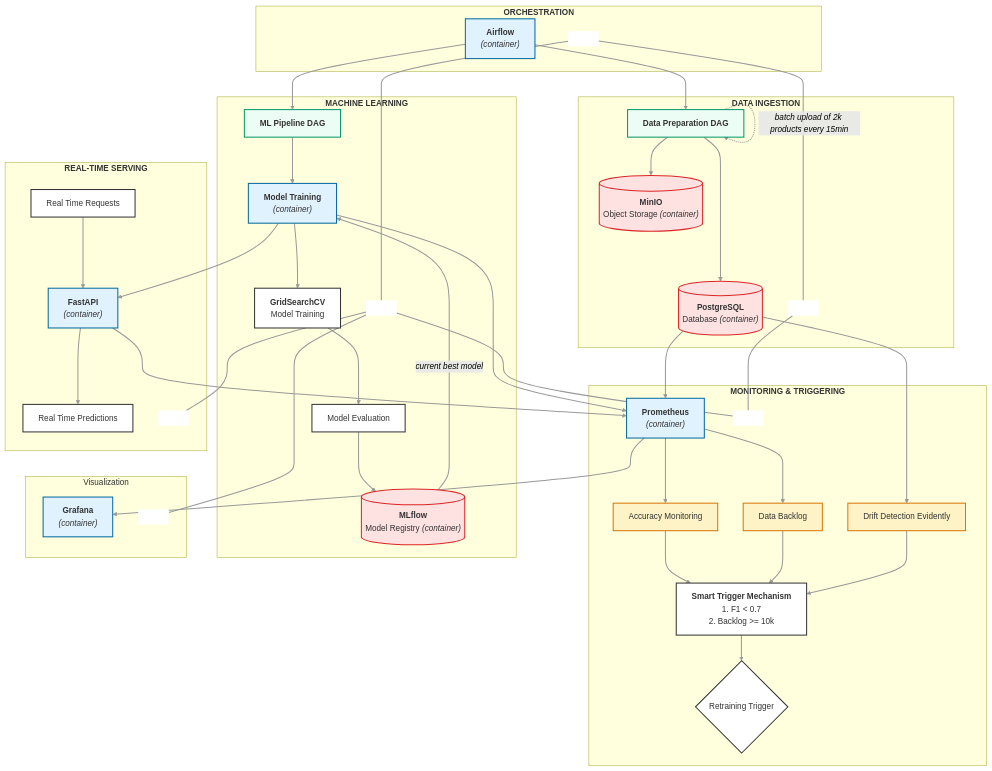
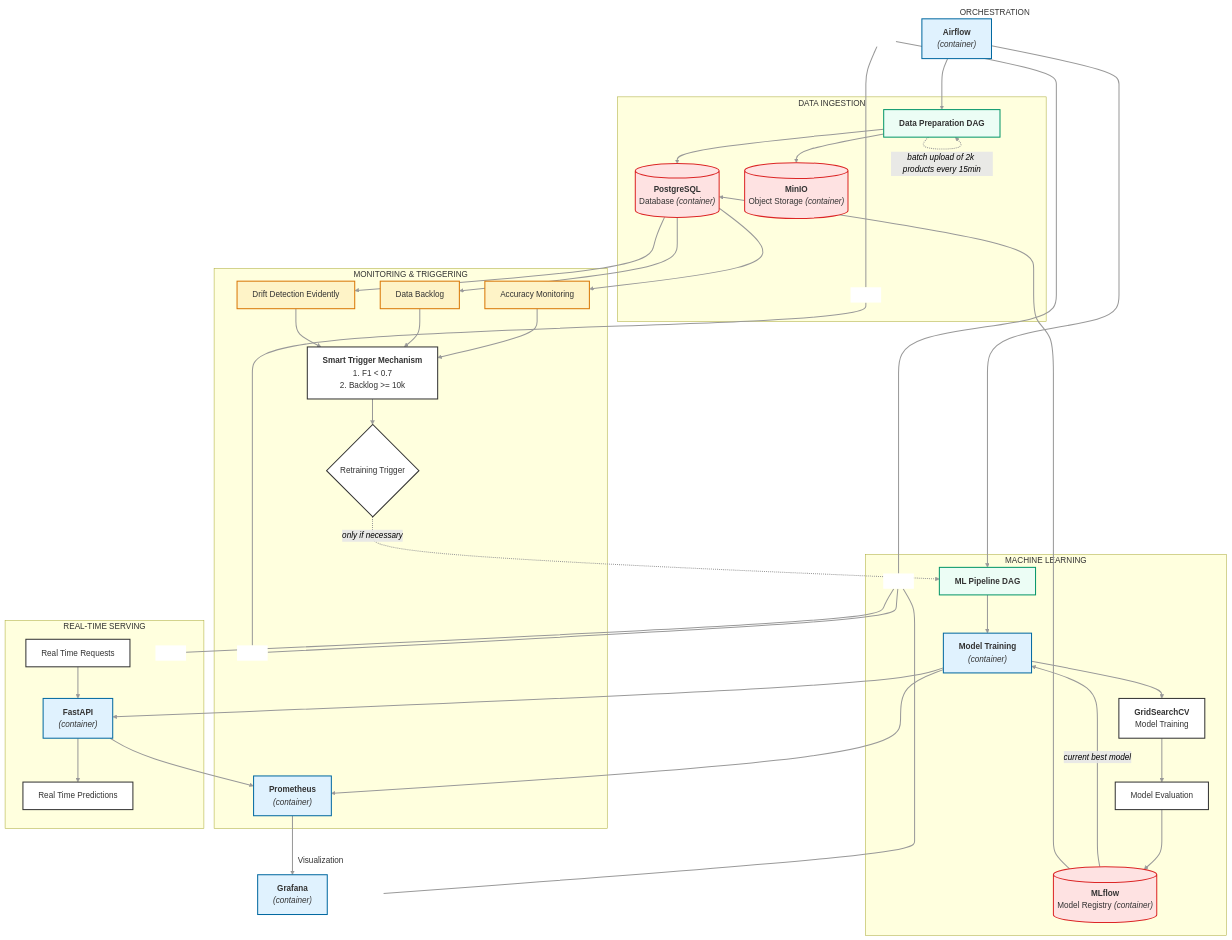
Before and after one commit to Wilsbert12/ML_OPs_Rakuten_Challenge: the diagram in containers/rakuten_st/flowcharts/rakuten_mlops_architecture_overview.mermaid, drawn with Mermaid. The commit also changed other lines of this file and 14 other files, not shown here.

First line of the commit message:
fix(diagram): resolve Mermaid JavaScript state issue, syntax errors and update color scheme (#35)

```diff
--- a/containers/rakuten_st/flowcharts/rakuten_mlops_architecture_overview.mermaid
+++ b/containers/rakuten_st/flowcharts/rakuten_mlops_architecture_overview.mermaid
@@ -1,168 +1,193 @@
     graph TD
 
 
         %% ORCHESTRATION [O]
-        subgraph ORCHESTRATION ["`**ORCHESTRATION**`"]
+        
+        subgraph Orchestration ["`ORCHESTRATION`"]
+
             %% O NODE
+
             Airflow["`**Airflow**
             _(container)_`"]
+            
             SpacerO[ ]:::hidden
+
+
         end
 
 
 
 
         %% DATA INGESTION [DI]
-        subgraph DataIngestion ["`**DATA INGESTION**`"]
+        subgraph DataIngestion ["`DATA INGESTION`"]
+
             
             %% DI NODES
             
             DataDAG["`**Data Preparation DAG**`"]
             
             PostgreSQL[("`**PostgreSQL**
             Database _(container)_`")]
             
             MinIO[("`**MinIO**
             Object Storage _(container)_`")]
 
             SpacerDI[ ]:::hidden
             
 
             %% DI EDGES 
             DataDAG -. "`_batch upload of 2k products every 15min_`" .-> DataDAG
             DataDAG --> PostgreSQL & MinIO
             Airflow --> DataDAG
 
         end
         
 
 
         %% MONITORING & TRIGGERING [MaT]
-        subgraph MonitoringTriggering ["`**MONITORING & TRIGGERING**`"]
+
+        subgraph MonitoringTriggering ["`MONITORING & TRIGGERING`"]
 
             %% MaT NODES
+
             Prometheus["`**Prometheus**
             _(container)_`"]
 
             Accuracy["`Accuracy Monitoring`"]
 
             DataBacklog["`Data Backlog`"]
 
             DriftDetection["`Drift Detection Evidently`"]
 
             SmartTrigger["`**Smart Trigger Mechanism**
             1. F1 < 0.7
             2. Backlog >= 10k`"]
             
             RetrainTrigger{"`Retraining Trigger`"}
 
             SpacerMaT[ ]:::hidden
 
 
             %% MaT EDGES
-            PostgreSQL --> Prometheus
-            Prometheus --> Accuracy
-            Prometheus --> DataBacklog
+
+            PostgreSQL --> Accuracy & DataBacklog
+
             PostgreSQL --> DriftDetection
             Accuracy --> SmartTrigger
             DataBacklog --> SmartTrigger
             DriftDetection --> SmartTrigger
             SmartTrigger --> RetrainTrigger
-            %%RetrainTrigger -. "`_only if necessary_`" .-> MLDAG
+
 
         end
 
 
         %% MACHINE LEARNING [ML]
-        subgraph MachineLearning ["`**MACHINE LEARNING**`"]
 
-            %% MT NODES
+        subgraph MachineLearning ["`MACHINE LEARNING`"]
+
+            %% ML NODES
+
             MLDAG["`**ML Pipeline DAG**`"]
+
+
             MLContainer["`**Model Training**
             _(container)_`"]
             
             Training["`**GridSearchCV**
             Model Training`"]
             
             Evaluation["`Model Evaluation`"]
             
             MLflow[("`**MLflow**
             Model Registry _(container)_`")]
 
             SpacerML[ ]:::hidden
             
 
-            %% MT NODES
+
+            %% ML EDGES
+
             Airflow --> MLDAG
             MLDAG --> MLContainer
             MLContainer --> Prometheus & Training
             Training --> Evaluation
             Evaluation --> MLflow
             MLflow -- "`_current best model_`" --> MLContainer
+
+            MLflow --> PostgreSQL
         end
 
 
 
-    %% REAL-TIME SERVING [RTS]
-    subgraph RealTimeServing ["`**REAL-TIME SERVING**`"]
 
-        %% RTS NODES
+        %% REAL-TIME SERVING [RTS]
+        subgraph RealTimeServing ["`REAL-TIME SERVING`"]
 
-        FastAPI["`**FastAPI**
-        _(container)_`"]
+            %% RTS NODES
 
-        RealTimeRequests["`Real Time Requests`"]
-        
-        RealTimePredictions["`Real Time Predictions`"]
+            FastAPI["`**FastAPI**
+            _(container)_`"]
 
-        SpacerRTS[ ]:::hidden
-        
+            RealTimeRequests["`Real Time Requests`"]
+            
+            RealTimePredictions["`Real Time Predictions`"]
 
-        %% RTS NODES
-        FastAPI --> Prometheus
-        RealTimeRequests --> FastAPI
-        FastAPI --> RealTimePredictions
-        MLContainer --> FastAPI
-    
-    end
+            SpacerRTS[ ]:::hidden
+            
+
+            %% RTS EDGES
+            FastAPI --> Prometheus
+            RealTimeRequests --> FastAPI
+            FastAPI --> RealTimePredictions
+            MLContainer --> FastAPI
+        end
 
 
-    %% Visualization [V]
-    subgraph Visualization ["Visualization"]
-        
-        %% V NODE
-        Grafana["`**Grafana**
-        _(container)_`"]
-        SpacerV[ ]:::hidden
-        
-        %% V EDGE
-        Prometheus --> Grafana
-    end
+        %% Visualization [V]
+        subgraph Visualization ["Visualization"]
+            
+            %% V NODES
 
-    %% LAYOUT: LOCK FLOWCHART
-    SpacerO ~~~ SpacerDI & SpacerML
-    SpacerDI ~~~ SpacerMaT
-    SpacerML ~~~ SpacerMaT
-    SpacerML ~~~ SpacerRTS
-    SpacerML ~~~ SpacerV
+            Grafana["`**Grafana**
+            _(container)_`"]
+
+            SpacerV[ ]:::hidden
+            
+
+            %% V EDGE
+            Prometheus --> Grafana
+        end
+
+        %% LAYOUT: LOCK FLOWCHART
+        SpacerO ~~~ SpacerDI & SpacerML
+        SpacerDI ~~~ SpacerMaT
+        SpacerML ~~~ SpacerMaT
+        SpacerML ~~~ SpacerRTS
+        SpacerML ~~~ SpacerV
+
+        %% LAYOUT: EDGES BETWEEN COMPONENTS
+        RetrainTrigger -. "`_only if necessary_`" .-> MLDAG
 
 
-    %% STYLING
+        %% STYLING
 
-    %% Apply default styles to ALL nodes
-    classDef default fill:#FFF,stroke:#333,stroke-width:2px;
+        %% Apply default styles to ALL nodes
+        classDef default fill:#FFF,stroke:#333,stroke-width:2px;
 
-    %% Apply default styles to ALL edges
-    linkStyle default stroke:#999,stroke-width:2px,color:black;
+        %% Apply default styles to ALL edges
+        linkStyle default stroke:#999,stroke-width:2px,color:black;
 
-    class MLContainer,FastAPI,Airflow,Prometheus,Grafana container
-    class PostgreSQL,MinIO,MLflow storage
-    class DataDAG,MLDAG service
-    class Accuracy,DataBacklog,DriftDetection monitoring
-    class SpacerO,SpacerDI,SpacerMaT,SpacerML,SpacerRTS,SpacerV spacer
+        class Orchestration,Visualization invisibleSubgraph
+        class MLContainer,FastAPI,Airflow,Prometheus,Grafana container
+        class PostgreSQL,MinIO,MLflow storage
+        class DataDAG,MLDAG service
+        class Accuracy,DataBacklog,DriftDetection monitoring
+        class SpacerO,SpacerDI,SpacerMaT,SpacerML,SpacerRTS,SpacerV spacer
 
-    classDef container fill:#E0F2FE,stroke:#0369A1,stroke-width:2px
-    classDef storage fill:#FEE2E2,stroke:#DC2626,stroke-width:2px
-    classDef service fill:#ECFDF5,stroke:#059669,stroke-width:2px
-    classDef monitoring fill:#FEF3C7,stroke:#D97706,stroke-width:2px
-    classDef spacer fill:#FFF,stroke:#FFF,stroke-width:0px
+        classDef invisibleSubgraph fill:transparent,stroke:none,stroke-width:0px;
+        classDef container fill:#E0F2FE,stroke:#0369A1,stroke-width:2px
+        classDef storage fill:#FEE2E2,stroke:#DC2626,stroke-width:2px
+        classDef service fill:#ECFDF5,stroke:#059669,stroke-width:2px
+        classDef monitoring fill:#FEF3C7,stroke:#D97706,stroke-width:2px
+        classDef spacer fill:#FFF,stroke:#FFF,stroke-width:0px
```
